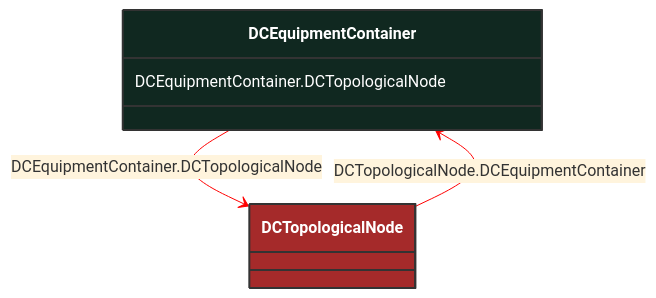
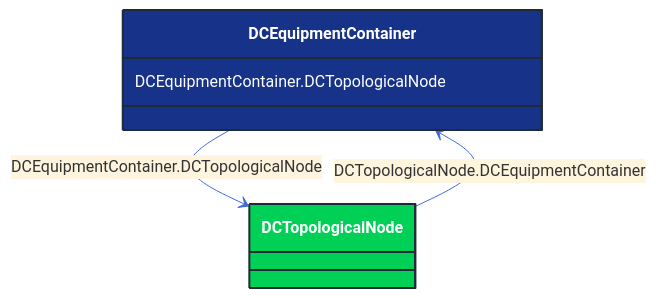
Before and after one commit to 3lbits/NoCIMExtensions: the diagram in docs/Models/Profiles/Topology/AbstractClasses/DCEquipmentContainer.md, drawn with Mermaid. The commit also changed 362 other files, not shown here.

First line of the commit message:
Update diagrams and styles for improved visual consistency

````diff
--- a/docs/Models/Profiles/Topology/AbstractClasses/DCEquipmentContainer.md
+++ b/docs/Models/Profiles/Topology/AbstractClasses/DCEquipmentContainer.md
@@ -10,22 +10,22 @@
 ```mermaid
-%%{init: {'theme':'base','themeVariables': {'lineColor': '#FF0000'}}}%%
+%%{init: {'theme':'base','themeVariables': {'lineColor': '#4169E1'}}}%%
 classDiagram
     class DCEquipmentContainer
     click DCEquipmentContainer href "/Models/Profiles/Topology/AbstractClasses/DCEquipmentContainer/"
-    style DCEquipmentContainer fill:#102820,stroke:#333,stroke-width:2px,rx:10,ry:10,color:white
+    style DCEquipmentContainer fill:#163289,stroke:#1F2A37,stroke-width:2px,rx:10,ry:10,color:white
 
         DCEquipmentContainer --> DCTopologicalNode : DCEquipmentContainer.DCTopologicalNode
 
         DCTopologicalNode
             click DCTopologicalNode href "/Models/Profiles/Topology/ConcreteClasses/DCTopologicalNode/"
-            style DCTopologicalNode fill:#A52A2A,stroke:#333,stroke-width:2px,rx:10,ry:10,color:white
+            style DCTopologicalNode fill:#00D156,stroke:#1F2A37,stroke-width:2px,rx:10,ry:10,color:white
 
         DCTopologicalNode --> DCEquipmentContainer : DCTopologicalNode.DCEquipmentContainer
 
         DCTopologicalNode
             click DCTopologicalNode href "/Models/Profiles/Topology/ConcreteClasses/DCTopologicalNode/"
-            style DCTopologicalNode fill:#A52A2A,stroke:#333,stroke-width:2px,rx:10,ry:10,color:white
+            style DCTopologicalNode fill:#00D156,stroke:#1F2A37,stroke-width:2px,rx:10,ry:10,color:white
 
 
         DCEquipmentContainer : DCEquipmentContainer.DCTopologicalNode
 ```
````
